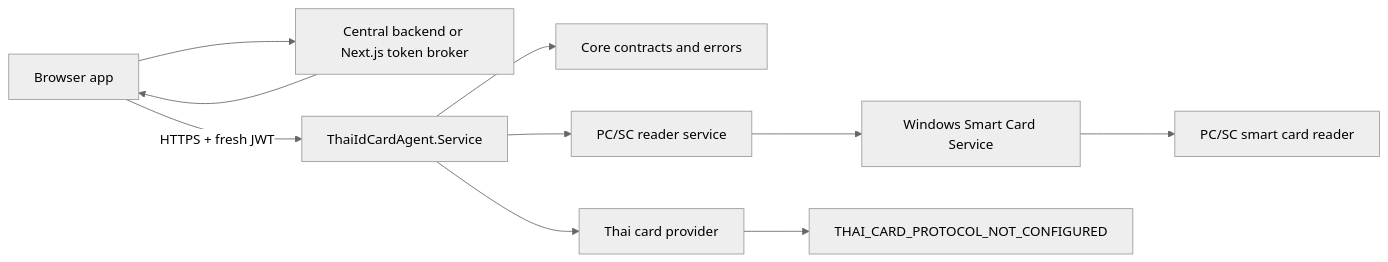
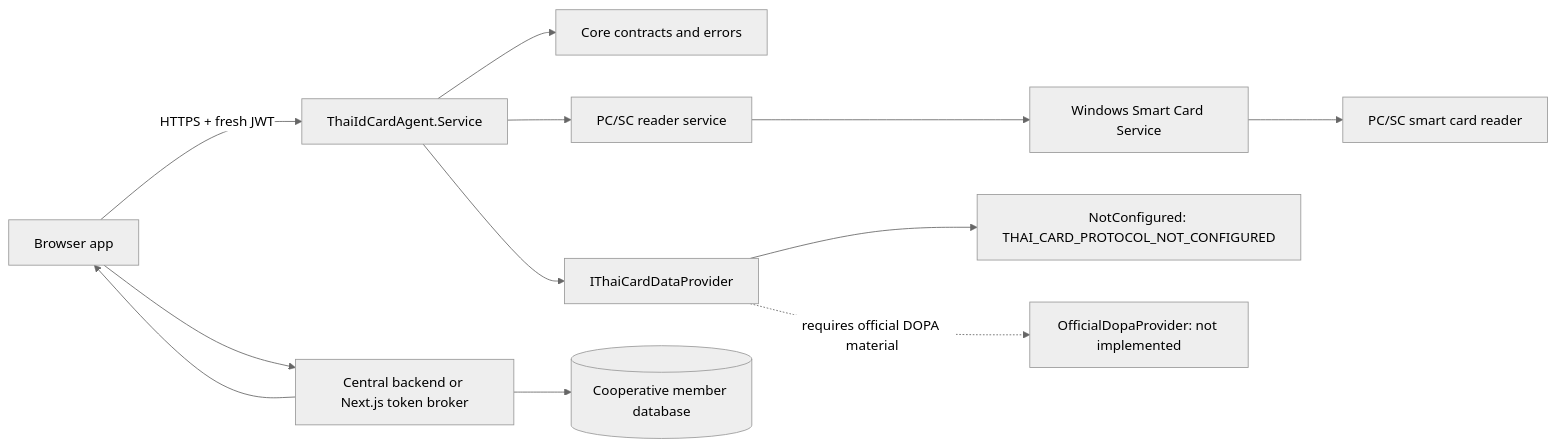
Before and after one commit to Chaimongkon/ThaiIdCardAgent: the diagram in README.md, drawn with Mermaid (neutral theme). The commit also changed other lines of this file and 13 other files, not shown here.

````diff
--- a/README.md
+++ b/README.md
@@ -5,12 +5,14 @@
 ```mermaid
 flowchart LR
     Browser[Browser app] --> Backend[Central backend or Next.js token broker]
     Backend --> Browser
     Browser -->|HTTPS + fresh JWT| Api[ThaiIdCardAgent.Service]
     Api --> Core[Core contracts and errors]
     Api --> Pcsc[PC/SC reader service]
     Pcsc --> Win[Windows Smart Card Service]
     Win --> Reader[PC/SC smart card reader]
-    Api --> Thai[Thai card provider]
-    Thai --> NotConfigured[THAI_CARD_PROTOCOL_NOT_CONFIGURED]
+    Api --> Thai[IThaiCardDataProvider]
+    Thai --> NotConfigured[NotConfigured: THAI_CARD_PROTOCOL_NOT_CONFIGURED]
+    Thai -.requires official DOPA material.-> Official[OfficialDopaProvider: not implemented]
+    Backend --> Members[(Cooperative member database)]
 ```
````
